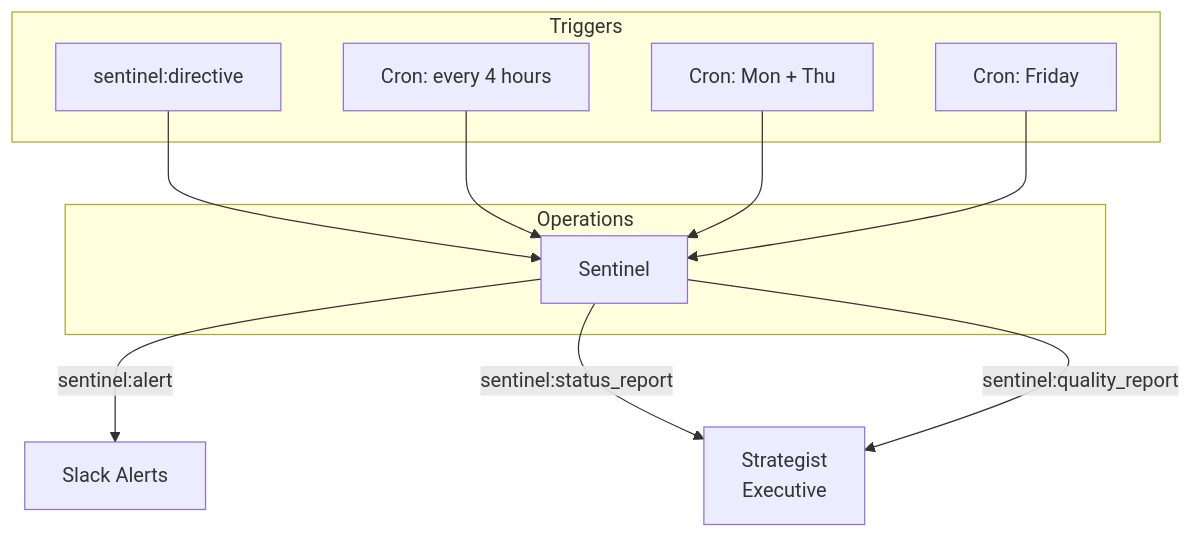
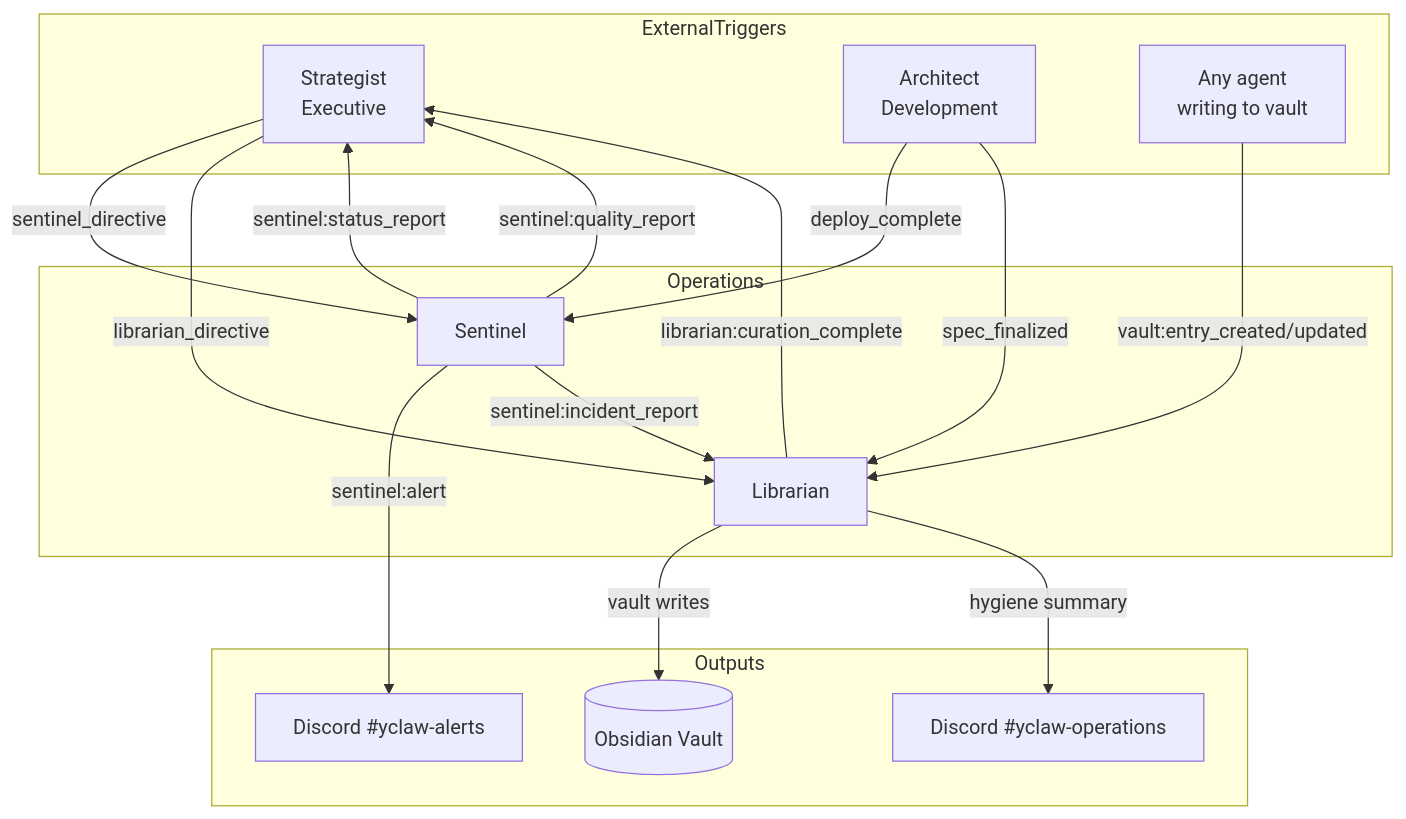
The diagram in departments/operations/README.md (YClawAI/YClaw), drawn with Mermaid before and after one commit. The commit also changed other lines of this file and 18 other files, not shown here.

First line of the commit message:
fix: Operations P0 — wiring bugs, cost explosion, stale refs, Librarian heartbeat (#117)

````diff
--- a/departments/operations/README.md
+++ b/departments/operations/README.md
@@ -14,22 +18,34 @@
 ```mermaid
 flowchart TD
-    subgraph Triggers
-        DIRECTIVE[sentinel:directive]
-        CRON_HEALTH[Cron: every 4 hours]
-        CRON_QUALITY[Cron: Mon + Thu]
-        CRON_DIGEST[Cron: Friday]
+    subgraph ExternalTriggers
+        STRATEGIST[Strategist<br/>Executive]
+        ARCHITECT[Architect<br/>Development]
+        OTHER_AGENTS[Any agent<br/>writing to vault]
     end
 
     subgraph Operations
         SENTINEL[Sentinel]
+        LIBRARIAN[Librarian]
     end
 
-    DIRECTIVE --> SENTINEL
-    CRON_HEALTH --> SENTINEL
-    CRON_QUALITY --> SENTINEL
-    CRON_DIGEST --> SENTINEL
+    subgraph Outputs
+        DISCORD_OPS[Discord #yclaw-operations]
+        DISCORD_ALERTS[Discord #yclaw-alerts]
+        VAULT[(Obsidian Vault)]
+    end
 
-    SENTINEL -- sentinel:alert --> SLACK[Slack Alerts]
-    SENTINEL -- sentinel:status_report --> STRATEGIST[Strategist<br/>Executive]
+    STRATEGIST -- sentinel_directive --> SENTINEL
+    STRATEGIST -- librarian_directive --> LIBRARIAN
+    ARCHITECT -- deploy_complete --> SENTINEL
+    ARCHITECT -- spec_finalized --> LIBRARIAN
+    OTHER_AGENTS -- vault:entry_created/updated --> LIBRARIAN
+
+    SENTINEL -- sentinel:alert --> DISCORD_ALERTS
+    SENTINEL -- sentinel:status_report --> STRATEGIST
     SENTINEL -- sentinel:quality_report --> STRATEGIST
+    SENTINEL -- sentinel:incident_report --> LIBRARIAN
+
+    LIBRARIAN -- vault writes --> VAULT
+    LIBRARIAN -- librarian:curation_complete --> STRATEGIST
+    LIBRARIAN -- hygiene summary --> DISCORD_OPS
 ```
````
